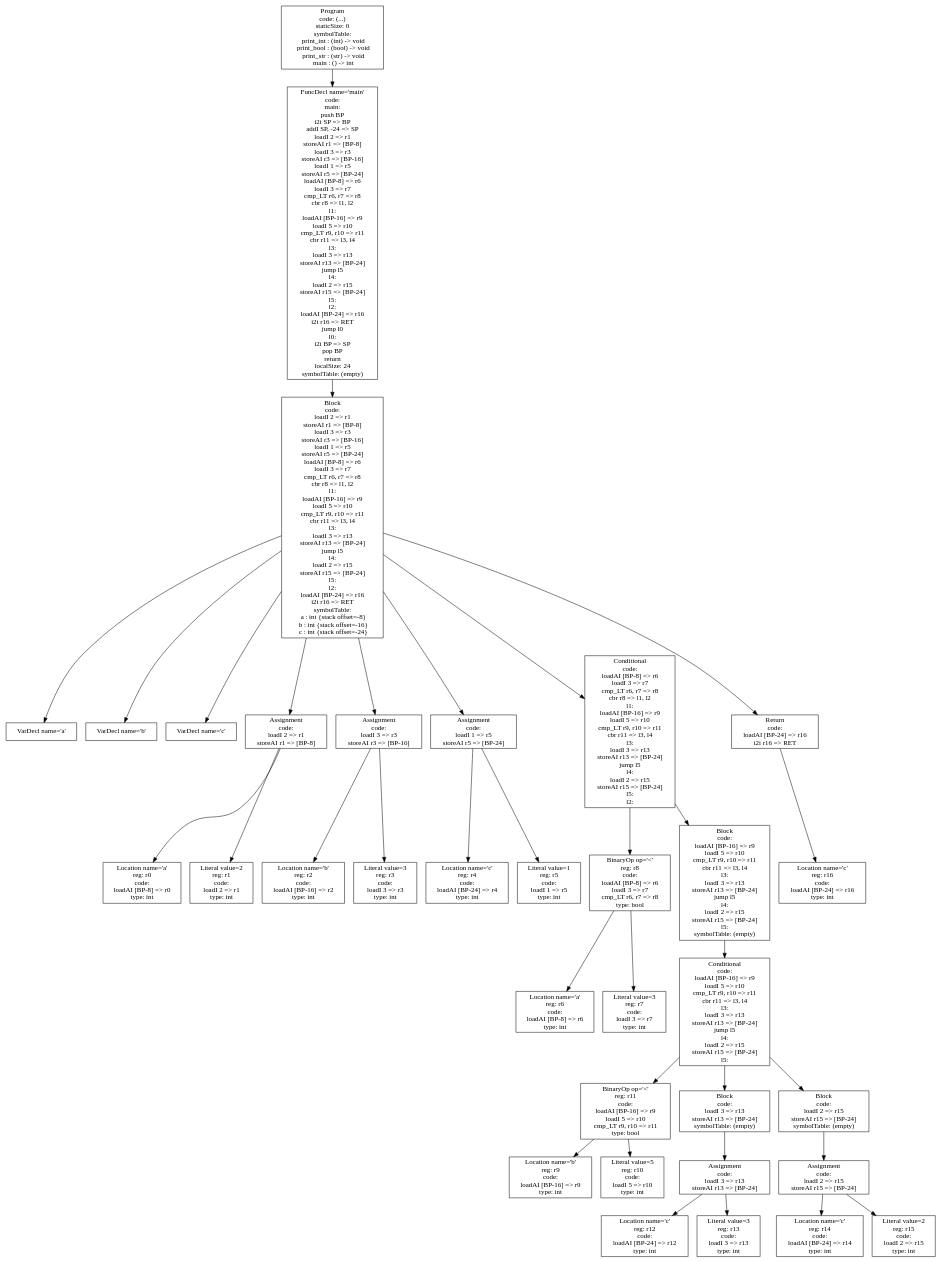
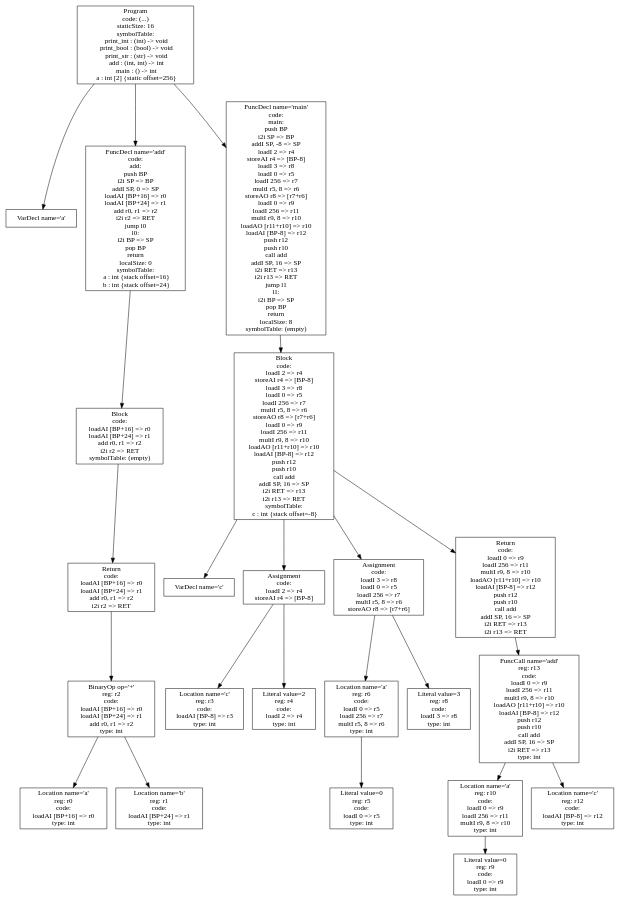
One commit to dada1802/cs432-project changed the diagram in p4-codegen/iloc-tree.dot. Above: the diagram before and after it, drawn with Graphviz. The commit also changed 13 other files, not shown here.

```diff
--- a/p4-codegen/iloc-tree.dot
+++ b/p4-codegen/iloc-tree.dot
@@ -1,69 +1,47 @@
 digraph AST {
-3 [shape=box, label="VarDecl name='a'"];
-4 [shape=box, label="VarDecl name='b'"];
-5 [shape=box, label="VarDecl name='c'"];
-7 [shape=box, label="Location name='a'\nreg: r0\ncode: \nloadAI [BP-8] => r0\ntype: int"];
-8 [shape=box, label="Literal value=2\nreg: r1\ncode: \nloadI 2 => r1\ntype: int"];
-6 [shape=box, label="Assignment\ncode: \nloadI 2 => r1\nstoreAI r1 => [BP-8]"];
-6 -> 7;
-6 -> 8;
-10 [shape=box, label="Location name='b'\nreg: r2\ncode: \nloadAI [BP-16] => r2\ntype: int"];
-11 [shape=box, label="Literal value=3\nreg: r3\ncode: \nloadI 3 => r3\ntype: int"];
-9 [shape=box, label="Assignment\ncode: \nloadI 3 => r3\nstoreAI r3 => [BP-16]"];
+1 [shape=box, label="VarDecl name='a'"];
+6 [shape=box, label="Location name='a'\nreg: r0\ncode: \nloadAI [BP+16] => r0\ntype: int"];
+7 [shape=box, label="Location name='b'\nreg: r1\ncode: \nloadAI [BP+24] => r1\ntype: int"];
+5 [shape=box, label="BinaryOp op='+'\nreg: r2\ncode: \nloadAI [BP+16] => r0\nloadAI [BP+24] => r1\nadd r0, r1 => r2\ntype: int"];
+5 -> 6;
+5 -> 7;
+4 [shape=box, label="Return\ncode: \nloadAI [BP+16] => r0\nloadAI [BP+24] => r1\nadd r0, r1 => r2\ni2i r2 => RET"];
+4 -> 5;
+3 [shape=box, label="Block\ncode: \nloadAI [BP+16] => r0\nloadAI [BP+24] => r1\nadd r0, r1 => r2\ni2i r2 => RET\nsymbolTable: (empty)"];
+3 -> 4;
+2 [shape=box, label="FuncDecl name='add'\ncode: \nadd:\npush BP\ni2i SP => BP\naddI SP, 0 => SP\nloadAI [BP+16] => r0\nloadAI [BP+24] => r1\nadd r0, r1 => r2\ni2i r2 => RET\njump l0\nl0:\ni2i BP => SP\npop BP\nreturn\nlocalSize: 0\nsymbolTable: \n  a : int {stack offset=16}\n  b : int {stack offset=24}"];
+2 -> 3;
+10 [shape=box, label="VarDecl name='c'"];
+12 [shape=box, label="Location name='c'\nreg: r3\ncode: \nloadAI [BP-8] => r3\ntype: int"];
+13 [shape=box, label="Literal value=2\nreg: r4\ncode: \nloadI 2 => r4\ntype: int"];
+11 [shape=box, label="Assignment\ncode: \nloadI 2 => r4\nstoreAI r4 => [BP-8]"];
+11 -> 12;
+11 -> 13;
+16 [shape=box, label="Literal value=0\nreg: r5\ncode: \nloadI 0 => r5\ntype: int"];
+15 [shape=box, label="Location name='a'\nreg: r6\ncode: \nloadI 0 => r5\nloadI 256 => r7\nmultI r5, 8 => r6\ntype: int"];
+15 -> 16;
+17 [shape=box, label="Literal value=3\nreg: r8\ncode: \nloadI 3 => r8\ntype: int"];
+14 [shape=box, label="Assignment\ncode: \nloadI 3 => r8\nloadI 0 => r5\nloadI 256 => r7\nmultI r5, 8 => r6\nstoreAO r8 => [r7+r6]"];
+14 -> 15;
+14 -> 17;
+21 [shape=box, label="Literal value=0\nreg: r9\ncode: \nloadI 0 => r9\ntype: int"];
+20 [shape=box, label="Location name='a'\nreg: r10\ncode: \nloadI 0 => r9\nloadI 256 => r11\nmultI r9, 8 => r10\ntype: int"];
+20 -> 21;
+22 [shape=box, label="Location name='c'\nreg: r12\ncode: \nloadAI [BP-8] => r12\ntype: int"];
+19 [shape=box, label="FuncCall name='add'\nreg: r13\ncode: \nloadI 0 => r9\nloadI 256 => r11\nmultI r9, 8 => r10\nloadAO [r11+r10] => r10\nloadAI [BP-8] => r12\npush r12\npush r10\ncall add\naddI SP, 16 => SP\ni2i RET => r13\ntype: int"];
+19 -> 20;
+19 -> 22;
+18 [shape=box, label="Return\ncode: \nloadI 0 => r9\nloadI 256 => r11\nmultI r9, 8 => r10\nloadAO [r11+r10] => r10\nloadAI [BP-8] => r12\npush r12\npush r10\ncall add\naddI SP, 16 => SP\ni2i RET => r13\ni2i r13 => RET"];
+18 -> 19;
+9 [shape=box, label="Block\ncode: \nloadI 2 => r4\nstoreAI r4 => [BP-8]\nloadI 3 => r8\nloadI 0 => r5\nloadI 256 => r7\nmultI r5, 8 => r6\nstoreAO r8 => [r7+r6]\nloadI 0 => r9\nloadI 256 => r11\nmultI r9, 8 => r10\nloadAO [r11+r10] => r10\nloadAI [BP-8] => r12\npush r12\npush r10\ncall add\naddI SP, 16 => SP\ni2i RET => r13\ni2i r13 => RET\nsymbolTable: \n  c : int {stack offset=-8}"];
 9 -> 10;
 9 -> 11;
-13 [shape=box, label="Location name='c'\nreg: r4\ncode: \nloadAI [BP-24] => r4\ntype: int"];
-14 [shape=box, label="Literal value=1\nreg: r5\ncode: \nloadI 1 => r5\ntype: int"];
-12 [shape=box, label="Assignment\ncode: \nloadI 1 => r5\nstoreAI r5 => [BP-24]"];
-12 -> 13;
-12 -> 14;
-17 [shape=box, label="Location name='a'\nreg: r6\ncode: \nloadAI [BP-8] => r6\ntype: int"];
-18 [shape=box, label="Literal value=3\nreg: r7\ncode: \nloadI 3 => r7\ntype: int"];
-16 [shape=box, label="BinaryOp op='<'\nreg: r8\ncode: \nloadAI [BP-8] => r6\nloadI 3 => r7\ncmp_LT r6, r7 => r8\ntype: bool"];
-16 -> 17;
-16 -> 18;
-22 [shape=box, label="Location name='b'\nreg: r9\ncode: \nloadAI [BP-16] => r9\ntype: int"];
-23 [shape=box, label="Literal value=5\nreg: r10\ncode: \nloadI 5 => r10\ntype: int"];
-21 [shape=box, label="BinaryOp op='<'\nreg: r11\ncode: \nloadAI [BP-16] => r9\nloadI 5 => r10\ncmp_LT r9, r10 => r11\ntype: bool"];
-21 -> 22;
-21 -> 23;
-26 [shape=box, label="Location name='c'\nreg: r12\ncode: \nloadAI [BP-24] => r12\ntype: int"];
-27 [shape=box, label="Literal value=3\nreg: r13\ncode: \nloadI 3 => r13\ntype: int"];
-25 [shape=box, label="Assignment\ncode: \nloadI 3 => r13\nstoreAI r13 => [BP-24]"];
-25 -> 26;
-25 -> 27;
-24 [shape=box, label="Block\ncode: \nloadI 3 => r13\nstoreAI r13 => [BP-24]\nsymbolTable: (empty)"];
-24 -> 25;
-30 [shape=box, label="Location name='c'\nreg: r14\ncode: \nloadAI [BP-24] => r14\ntype: int"];
-31 [shape=box, label="Literal value=2\nreg: r15\ncode: \nloadI 2 => r15\ntype: int"];
-29 [shape=box, label="Assignment\ncode: \nloadI 2 => r15\nstoreAI r15 => [BP-24]"];
-29 -> 30;
-29 -> 31;
-28 [shape=box, label="Block\ncode: \nloadI 2 => r15\nstoreAI r15 => [BP-24]\nsymbolTable: (empty)"];
-28 -> 29;
-20 [shape=box, label="Conditional\ncode: \nloadAI [BP-16] => r9\nloadI 5 => r10\ncmp_LT r9, r10 => r11\ncbr r11 => l3, l4\nl3:\nloadI 3 => r13\nstoreAI r13 => [BP-24]\njump l5\nl4:\nloadI 2 => r15\nstoreAI r15 => [BP-24]\nl5:"];
-20 -> 21;
-20 -> 24;
-20 -> 28;
-19 [shape=box, label="Block\ncode: \nloadAI [BP-16] => r9\nloadI 5 => r10\ncmp_LT r9, r10 => r11\ncbr r11 => l3, l4\nl3:\nloadI 3 => r13\nstoreAI r13 => [BP-24]\njump l5\nl4:\nloadI 2 => r15\nstoreAI r15 => [BP-24]\nl5:\nsymbolTable: (empty)"];
-19 -> 20;
-15 [shape=box, label="Conditional\ncode: \nloadAI [BP-8] => r6\nloadI 3 => r7\ncmp_LT r6, r7 => r8\ncbr r8 => l1, l2\nl1:\nloadAI [BP-16] => r9\nloadI 5 => r10\ncmp_LT r9, r10 => r11\ncbr r11 => l3, l4\nl3:\nloadI 3 => r13\nstoreAI r13 => [BP-24]\njump l5\nl4:\nloadI 2 => r15\nstoreAI r15 => [BP-24]\nl5:\nl2:"];
-15 -> 16;
-15 -> 19;
-33 [shape=box, label="Location name='c'\nreg: r16\ncode: \nloadAI [BP-24] => r16\ntype: int"];
-32 [shape=box, label="Return\ncode: \nloadAI [BP-24] => r16\ni2i r16 => RET"];
-32 -> 33;
-2 [shape=box, label="Block\ncode: \nloadI 2 => r1\nstoreAI r1 => [BP-8]\nloadI 3 => r3\nstoreAI r3 => [BP-16]\nloadI 1 => r5\nstoreAI r5 => [BP-24]\nloadAI [BP-8] => r6\nloadI 3 => r7\ncmp_LT r6, r7 => r8\ncbr r8 => l1, l2\nl1:\nloadAI [BP-16] => r9\nloadI 5 => r10\ncmp_LT r9, r10 => r11\ncbr r11 => l3, l4\nl3:\nloadI 3 => r13\nstoreAI r13 => [BP-24]\njump l5\nl4:\nloadI 2 => r15\nstoreAI r15 => [BP-24]\nl5:\nl2:\nloadAI [BP-24] => r16\ni2i r16 => RET\nsymbolTable: \n  a : int {stack offset=-8}\n  b : int {stack offset=-16}\n  c : int {stack offset=-24}"];
-2 -> 3;
-2 -> 4;
-2 -> 5;
-2 -> 6;
-2 -> 9;
-2 -> 12;
-2 -> 15;
-2 -> 32;
-1 [shape=box, label="FuncDecl name='main'\ncode: \nmain:\npush BP\ni2i SP => BP\naddI SP, -24 => SP\nloadI 2 => r1\nstoreAI r1 => [BP-8]\nloadI 3 => r3\nstoreAI r3 => [BP-16]\nloadI 1 => r5\nstoreAI r5 => [BP-24]\nloadAI [BP-8] => r6\nloadI 3 => r7\ncmp_LT r6, r7 => r8\ncbr r8 => l1, l2\nl1:\nloadAI [BP-16] => r9\nloadI 5 => r10\ncmp_LT r9, r10 => r11\ncbr r11 => l3, l4\nl3:\nloadI 3 => r13\nstoreAI r13 => [BP-24]\njump l5\nl4:\nloadI 2 => r15\nstoreAI r15 => [BP-24]\nl5:\nl2:\nloadAI [BP-24] => r16\ni2i r16 => RET\njump l0\nl0:\ni2i BP => SP\npop BP\nreturn\nlocalSize: 24\nsymbolTable: (empty)"];
-1 -> 2;
-0 [shape=box, label="Program\ncode: (...)\nstaticSize: 0\nsymbolTable: \n  print_int : (int) -> void\n  print_bool : (bool) -> void\n  print_str : (str) -> void\n  main : () -> int"];
+9 -> 14;
+9 -> 18;
+8 [shape=box, label="FuncDecl name='main'\ncode: \nmain:\npush BP\ni2i SP => BP\naddI SP, -8 => SP\nloadI 2 => r4\nstoreAI r4 => [BP-8]\nloadI 3 => r8\nloadI 0 => r5\nloadI 256 => r7\nmultI r5, 8 => r6\nstoreAO r8 => [r7+r6]\nloadI 0 => r9\nloadI 256 => r11\nmultI r9, 8 => r10\nloadAO [r11+r10] => r10\nloadAI [BP-8] => r12\npush r12\npush r10\ncall add\naddI SP, 16 => SP\ni2i RET => r13\ni2i r13 => RET\njump l1\nl1:\ni2i BP => SP\npop BP\nreturn\nlocalSize: 8\nsymbolTable: (empty)"];
+8 -> 9;
+0 [shape=box, label="Program\ncode: (...)\nstaticSize: 16\nsymbolTable: \n  print_int : (int) -> void\n  print_bool : (bool) -> void\n  print_str : (str) -> void\n  add : (int, int) -> int\n  main : () -> int\n  a : int [2] {static offset=256}"];
 0 -> 1;
+0 -> 2;
+0 -> 8;
 }
```
